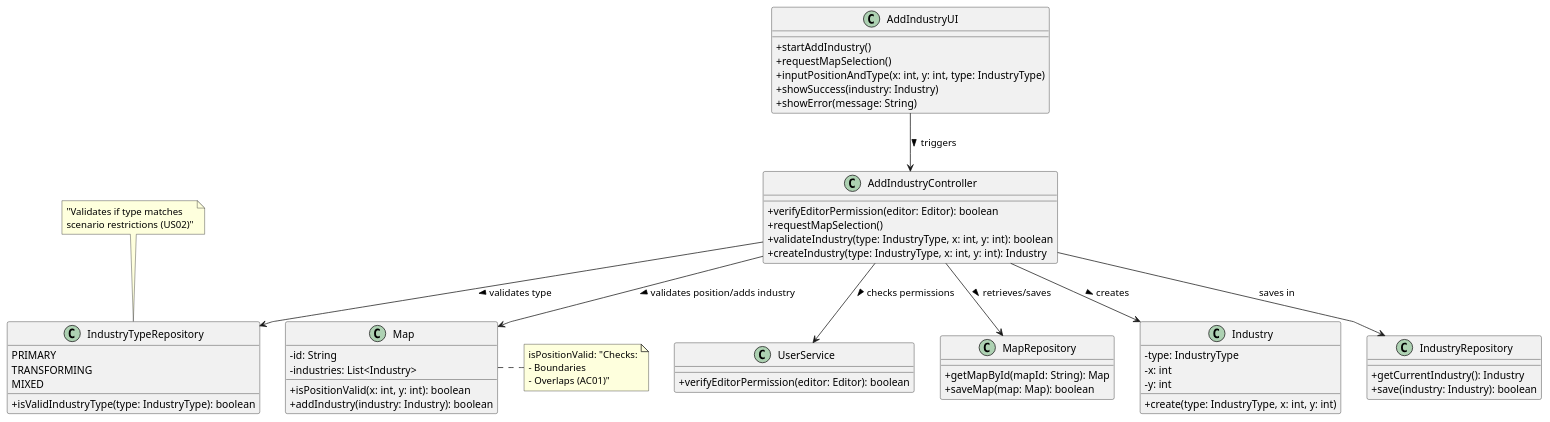
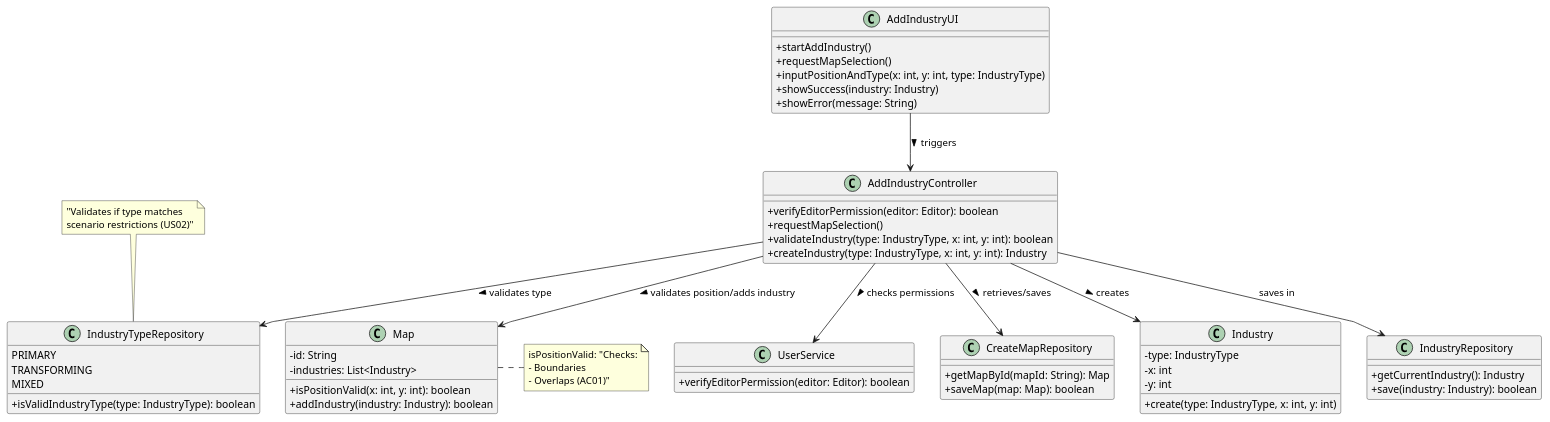
Before and after one commit to Andremonteiro1240850/railway_simulator: the diagram in docs/system-documentation/US02/03.design.us02/puml/US02-CD.puml, drawn with PlantUML. The commit also changed 42 other files, not shown here.

```diff
--- a/docs/system-documentation/US02/03.design.us02/puml/US02-CD.puml
+++ b/docs/system-documentation/US02/03.design.us02/puml/US02-CD.puml
@@ -1,72 +1,72 @@
 @startuml
 'https://plantuml.com/class-diagram
 
 skinparam packageStyle rectangle
 skinparam shadowing false
 skinparam linetype polyline
 skinparam classAttributeIconSize 0
 
 class AddIndustryUI {
   + startAddIndustry()
   + requestMapSelection()
   + inputPositionAndType(x: int, y: int, type: IndustryType)
   + showSuccess(industry: Industry)
   + showError(message: String)
 }
 
 class AddIndustryController {
   + verifyEditorPermission(editor: Editor): boolean
   + requestMapSelection()
   + validateIndustry(type: IndustryType, x: int, y: int): boolean
   + createIndustry(type: IndustryType, x: int, y: int): Industry
 }
 
 class UserService {
   + verifyEditorPermission(editor: Editor): boolean
 }
 
-class MapRepository {
+class CreateMapRepository {
   + getMapById(mapId: String): Map
   + saveMap(map: Map): boolean
 }
 
 class IndustryTypeRepository {
   + isValidIndustryType(type: IndustryType): boolean
    PRIMARY
    TRANSFORMING
    MIXED
 }
 
 class Map {
   - id: String
   - industries: List<Industry>
   + isPositionValid(x: int, y: int): boolean
   + addIndustry(industry: Industry): boolean
 }
 
 class Industry {
   - type: IndustryType
   - x: int
   - y: int
   + create(type: IndustryType, x: int, y: int)
 }
 
 class IndustryRepository {
     + getCurrentIndustry(): Industry
     + save(industry: Industry): boolean
 }
 
 
 ' Relationships
 AddIndustryUI --> AddIndustryController : triggers >
 AddIndustryController --> UserService : checks permissions >
-AddIndustryController --> MapRepository : retrieves/saves >
+AddIndustryController --> CreateMapRepository : retrieves/saves >
 AddIndustryController --> IndustryTypeRepository : validates type >
 AddIndustryController --> Map : validates position/adds industry >
 AddIndustryController --> Industry : creates >
 AddIndustryController --> IndustryRepository : saves in
 
 
 note top of IndustryTypeRepository: "Validates if type matches\nscenario restrictions (US02)"
 note right of Map :isPositionValid: "Checks:\n- Boundaries\n- Overlaps (AC01)"
 @enduml
```
